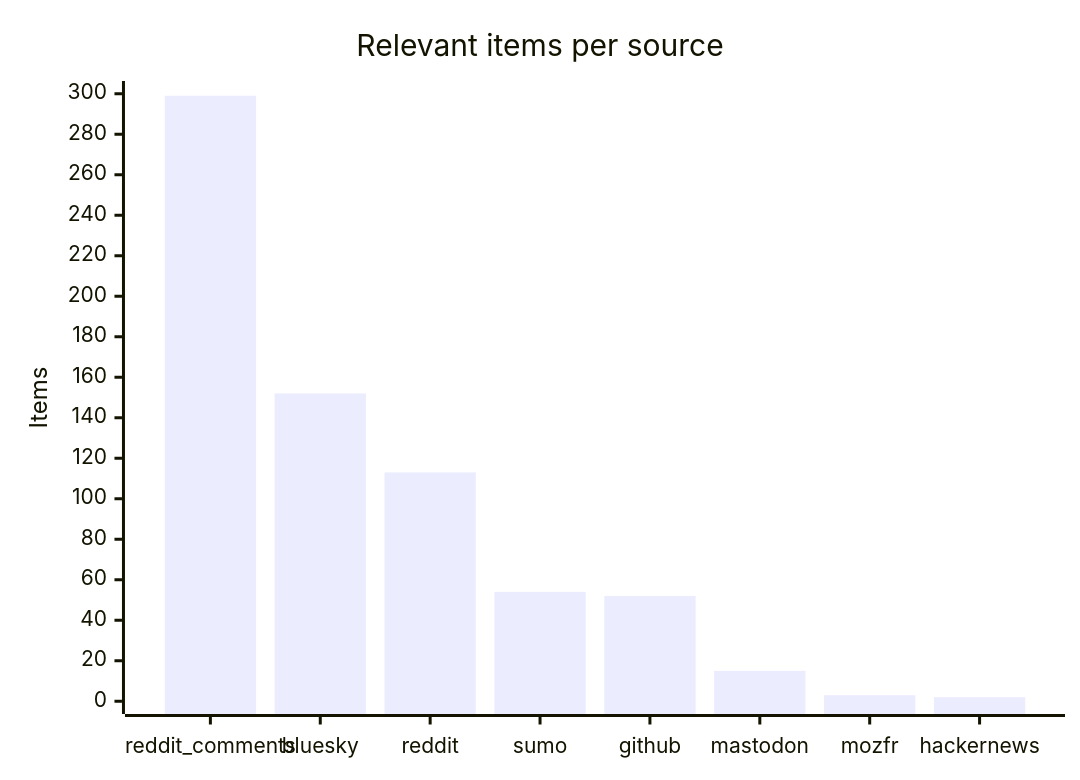
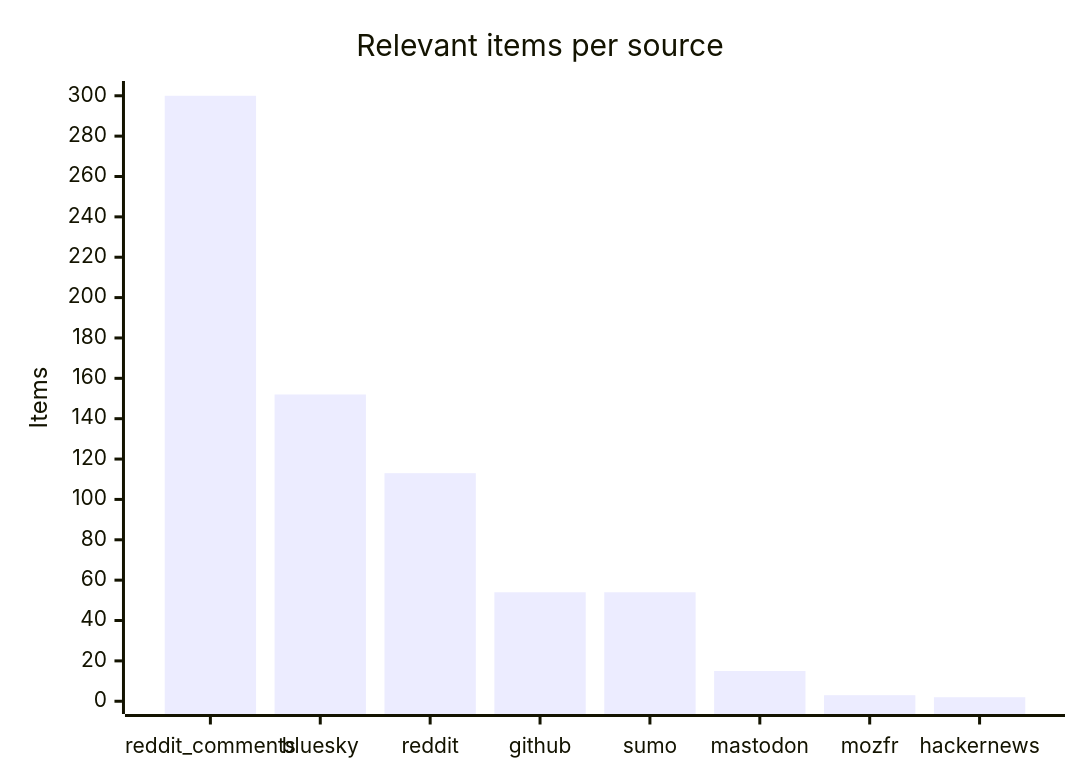
One commit to martinbalfanz/social-scanner-reports changed the third of 4 diagrams in README.md. Above: the diagram before and after it, drawn with Mermaid. The commit also changed other lines of this file and 4 other files, not shown here.

````diff
--- a/README.md
+++ b/README.md
@@ -48,7 +48,7 @@
 ```mermaid
 xychart-beta
     title "Relevant items per source"
-    x-axis ["reddit_comments", "bluesky", "reddit", "sumo", "github", "mastodon", "mozfr", "hackernews"]
-    y-axis "Items" 0 --> 300
-    bar [299, 152, 113, 54, 52, 15, 3, 2]
+    x-axis ["reddit_comments", "bluesky", "reddit", "github", "sumo", "mastodon", "mozfr", "hackernews"]
+    y-axis "Items" 0 --> 301
+    bar [300, 152, 113, 54, 54, 15, 3, 2]
 ```
````
